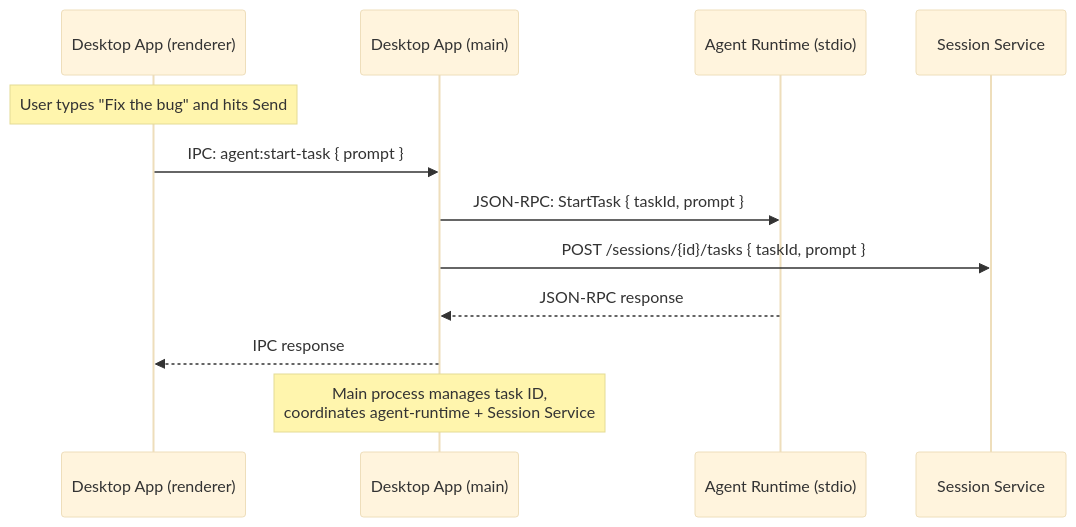
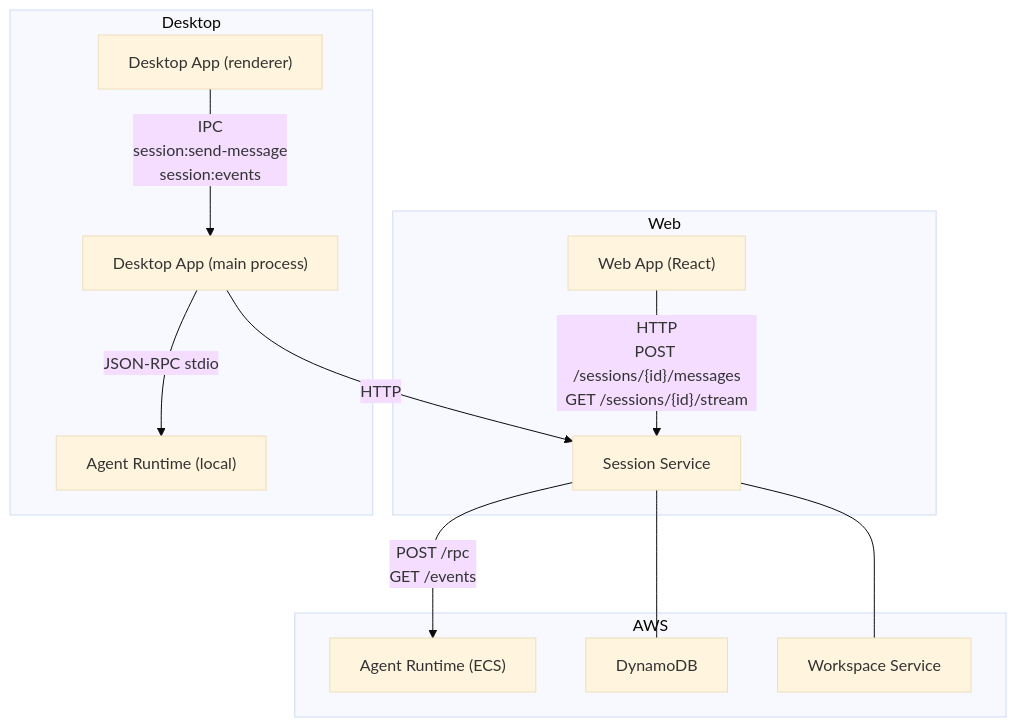
The first of 5 diagrams in docs/design/simplified-session-api.md (suman724/cowork-infra), drawn with Mermaid (base theme) before and after one commit. The commit also changed other lines of this file, not shown here.

First line of the commit message:
docs: rewrite simplified session API — cleaner structure, no polling

````diff
--- a/docs/design/simplified-session-api.md
+++ b/docs/design/simplified-session-api.md
@@ -129,17 +40,22 @@
 ```mermaid
-sequenceDiagram
-    participant Desktop as Desktop App (renderer)
-    participant Main as Desktop App (main)
-    participant Agent as Agent Runtime (stdio)
-    participant SS as Session Service
+flowchart TB
+    subgraph Web
+        WebUI["Web App (React)"]
+        WebUI -->|"HTTP<br/>POST /sessions/{id}/messages<br/>GET /sessions/{id}/stream"| SS
+    end
 
-    Note over Desktop: User types "Fix the bug" and hits Send
+    subgraph Desktop
+        Renderer["Desktop App (renderer)"]
+        Main["Desktop App (main process)"]
+        Renderer -->|"IPC<br/>session:send-message<br/>session:events"| Main
+        Main -->|"JSON-RPC stdio"| LocalAgent["Agent Runtime (local)"]
+        Main -->|"HTTP"| SS
+    end
 
-    Desktop->>Main: IPC: agent:start-task { prompt }
-    Main->>Agent: JSON-RPC: StartTask { taskId, prompt }
-    Main->>SS: POST /sessions/{id}/tasks { taskId, prompt }
-    Agent-->>Main: JSON-RPC response
-    Main-->>Desktop: IPC response
-
-    Note over Main: Main process manages task ID,<br/>coordinates agent-runtime + Session Service
+    subgraph Cloud["AWS"]
+        SS["Session Service"]
+        SS -->|"POST /rpc<br/>GET /events"| CloudAgent["Agent Runtime (ECS)"]
+        SS --- DB["DynamoDB"]
+        SS --- WS["Workspace Service"]
+    end
 ```
````
